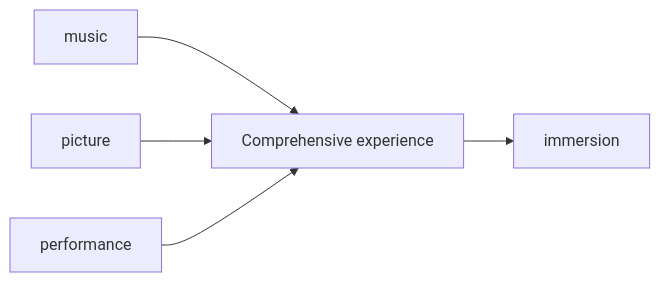
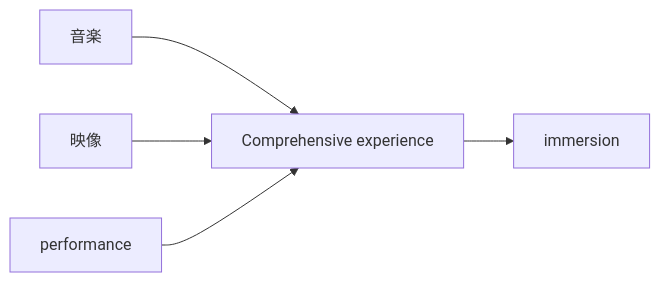
Before and after one commit to monumental-movement/monumental-movement.github.io: the third of 6 diagrams in en/_posts/2026-04-18-column-hawkwind.md, drawn with Mermaid. The commit also changed other lines of this file and 2196 other files, not shown here.

```diff
--- a/en/_posts/2026-04-18-column-hawkwind.md
+++ b/en/_posts/2026-04-18-column-hawkwind.md
@@ -119,7 +119,7 @@
 <div class="mermaid">
 graph LR
-A[music] --> D[Comprehensive experience]
-B[picture] --> D
+A[音楽] --> D[Comprehensive experience]
+B[映像] --> D
 C[performance] --> D
 D --> E[immersion]
 </div>
```
